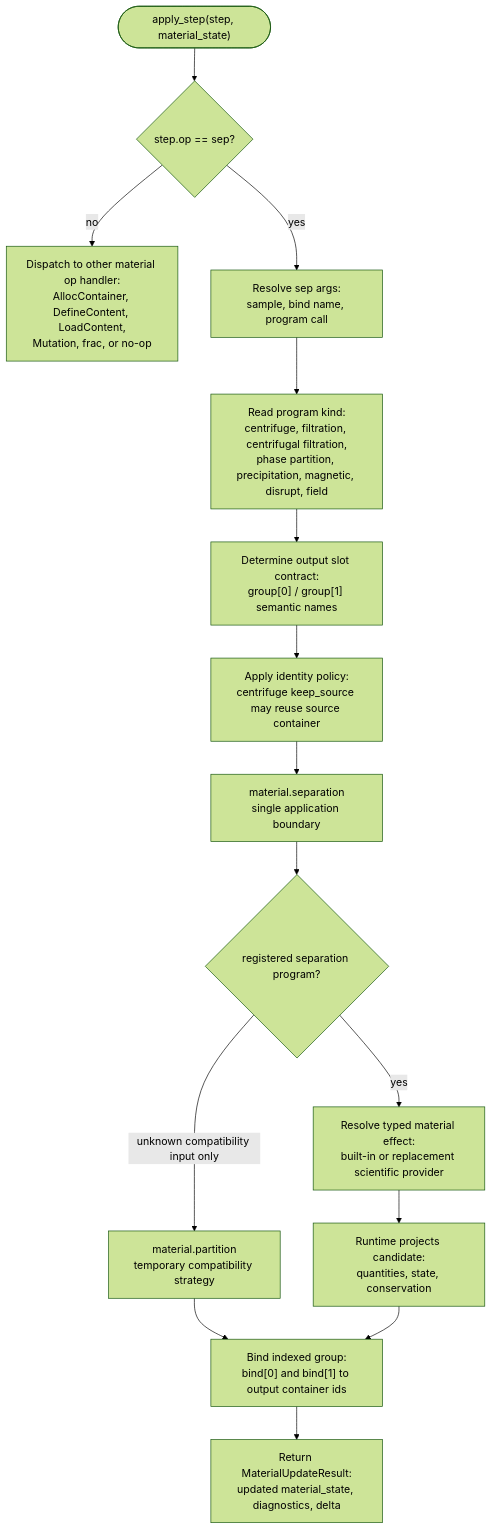
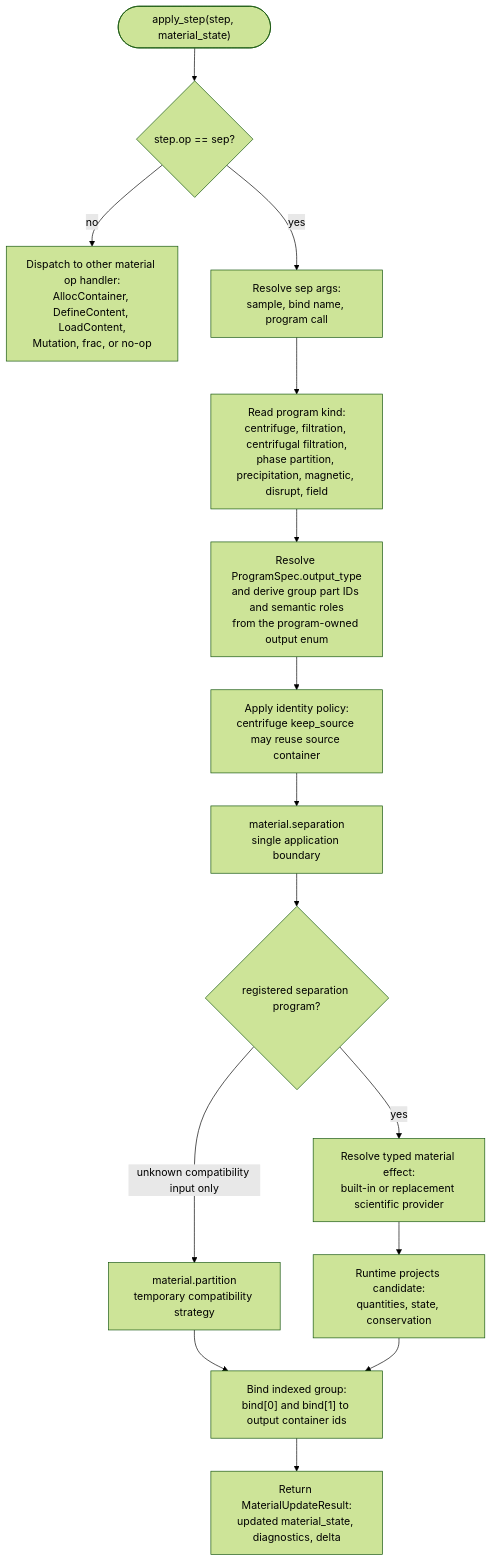
The seventh of 13 diagrams in docs/architecture/runtime_module_diagrams.md (culsma/culsma), drawn with Mermaid (forest theme) before and after one commit. The commit also changed other lines of this file and 15 other files, not shown here.

````diff
--- a/docs/architecture/runtime_module_diagrams.md
+++ b/docs/architecture/runtime_module_diagrams.md
@@ -513,32 +513,33 @@
 ```mermaid
 flowchart TB
     Start(["apply_step(step, material_state)"])
     Op{"step.op == sep?"}
     Other["Dispatch to other material op handler:<br/>AllocContainer, DefineContent, LoadContent,<br/>Mutation, frac, or no-op"]
     Resolve["Resolve sep args:<br/>sample, bind name, program call"]
     Program["Read program kind:<br/>centrifuge, filtration, centrifugal filtration,<br/>phase partition, precipitation, magnetic, disrupt, field"]
-    Slots["Determine output slot contract:<br/>group[0] / group[1] semantic names"]
+    Slots["Resolve ProgramSpec.output_type<br/>and derive group part IDs and semantic roles<br/>from the program-owned output enum"]
     Identity["Apply identity policy:<br/>centrifuge keep_source may reuse source container"]
     Separation["material.separation<br/>single application boundary"]
     Gate{"registered separation program?"}
     ResolveEffect["Resolve typed material effect:<br/>built-in or replacement scientific provider"]
     Legacy["material.partition<br/>temporary compatibility strategy"]
     Project["Runtime projects candidate:<br/>quantities, state, conservation"]
     Bind["Bind indexed group:<br/>bind[0] and bind[1] to output container ids"]
     Delta["Return MaterialUpdateResult:<br/>updated material_state, diagnostics, delta"]
 
     Start --> Op
     Op -->|no| Other
     Op -->|yes| Resolve
     Resolve --> Program
     Program --> Slots
     Slots --> Identity
     Identity --> Separation
     Separation --> Gate
     Gate -->|yes| ResolveEffect
     Gate -->|unknown compatibility input only| Legacy
     ResolveEffect --> Project
     Legacy --> Bind
     Project --> Bind
     Bind --> Delta
+
 ```
````
